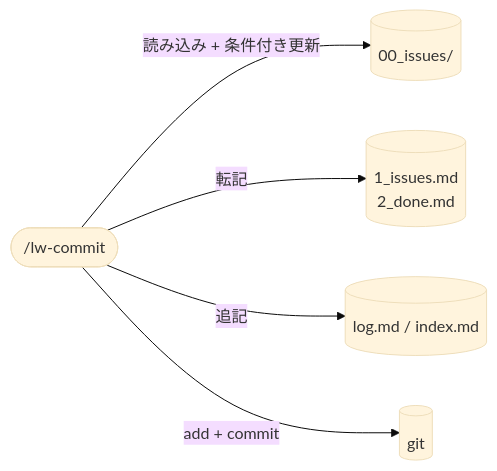
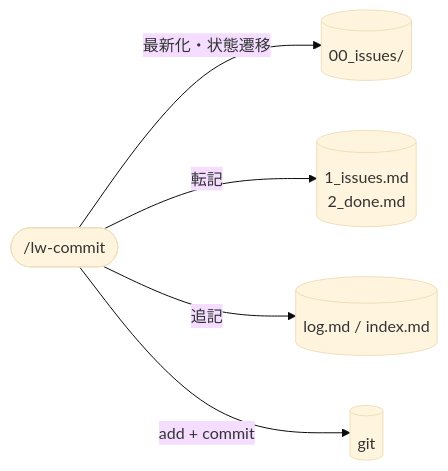
Before and after one commit to yu-takahas/llm-wiki-kit: the diagram in docs/lw-kit/40_スキル設計/lw-kit-スキル設計-lw-commit.md, drawn with Mermaid (base theme). The commit also changed other lines of this file and 10 other files, not shown here.

````diff
--- a/docs/lw-kit/40_スキル設計/lw-kit-スキル設計-lw-commit.md
+++ b/docs/lw-kit/40_スキル設計/lw-kit-スキル設計-lw-commit.md
@@ -29,7 +29,7 @@
 ```mermaid
 graph LR
-    skill(["/lw-commit"]) -->|"読み込み + 条件付き更新"| issues[("00_issues/")]
+    skill(["/lw-commit"]) -->|"最新化・状態遷移"| issues[("00_issues/")]
     skill -->|"転記"| board[("1_issues.md<br/>2_done.md")]
     skill -->|"追記"| log[("log.md / index.md")]
     skill -->|"add + commit"| git[("git")]
 ```
````
